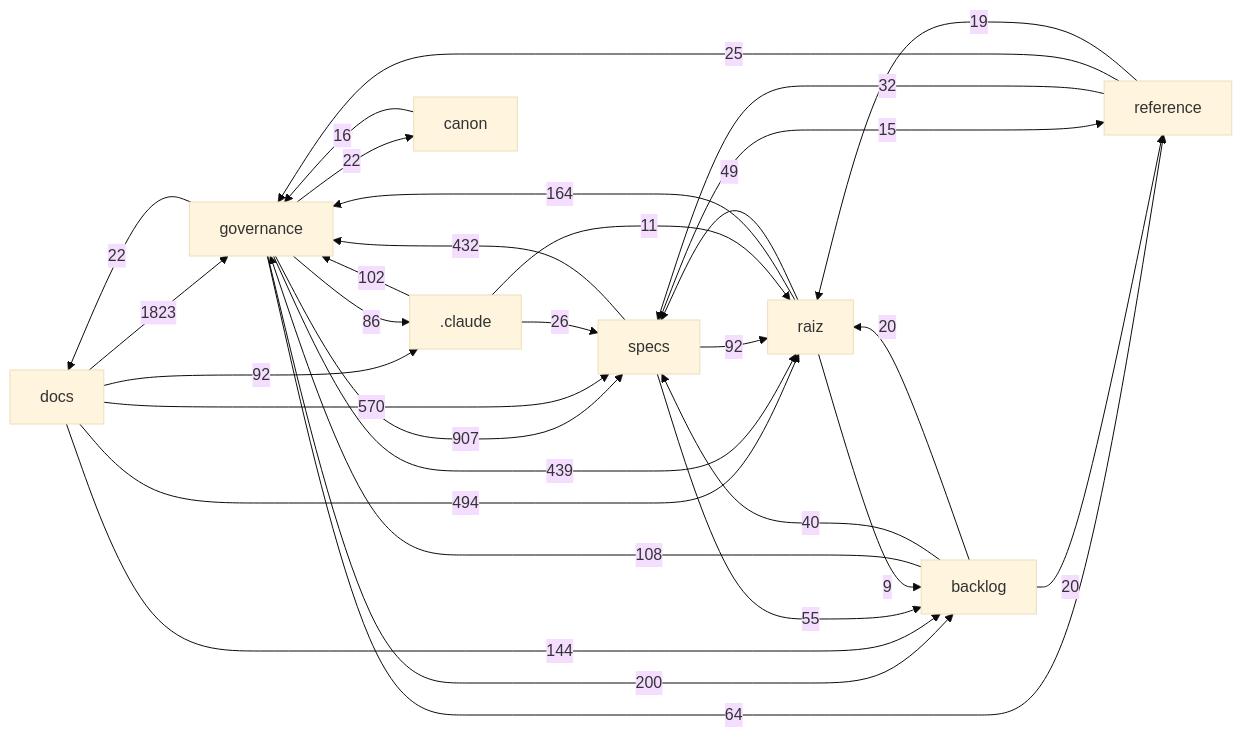
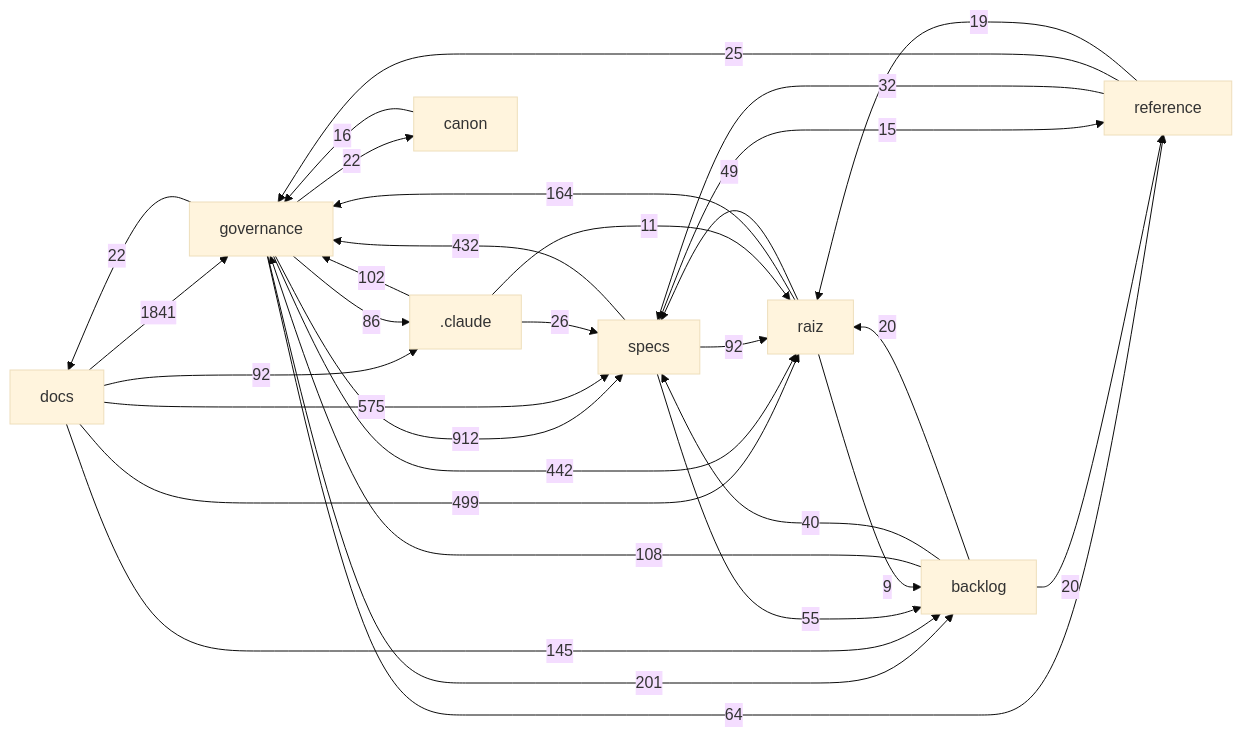
One commit to Andraus35/Sistema-Operacional-de-Trading--SOT changed the diagram in docs/mapa/MAPA-PROJETO.md. Above: the diagram before and after it, drawn with Mermaid (base theme). The commit also changed other lines of this file and 9 other files, not shown here.

````diff
--- a/docs/mapa/MAPA-PROJETO.md
+++ b/docs/mapa/MAPA-PROJETO.md
@@ -29,33 +29,33 @@
 ```mermaid
 flowchart LR
-  docs["docs"] -->|1823| governance["governance"]
-  governance["governance"] -->|907| specs["specs"]
-  docs["docs"] -->|570| specs["specs"]
-  docs["docs"] -->|494| raiz["raiz"]
-  governance["governance"] -->|439| raiz["raiz"]
+  docs["docs"] -->|1841| governance["governance"]
+  governance["governance"] -->|912| specs["specs"]
+  docs["docs"] -->|575| specs["specs"]
+  docs["docs"] -->|499| raiz["raiz"]
+  governance["governance"] -->|442| raiz["raiz"]
   specs["specs"] -->|432| governance["governance"]
-  governance["governance"] -->|200| backlog["backlog"]
+  governance["governance"] -->|201| backlog["backlog"]
   raiz["raiz"] -->|164| governance["governance"]
-  docs["docs"] -->|144| backlog["backlog"]
+  docs["docs"] -->|145| backlog["backlog"]
   backlog["backlog"] -->|108| governance["governance"]
   _claude[".claude"] -->|102| governance["governance"]
   docs["docs"] -->|92| _claude[".claude"]
   specs["specs"] -->|92| raiz["raiz"]
   governance["governance"] -->|86| _claude[".claude"]
   governance["governance"] -->|64| reference["reference"]
   specs["specs"] -->|55| backlog["backlog"]
   raiz["raiz"] -->|49| specs["specs"]
   backlog["backlog"] -->|40| specs["specs"]
   reference["reference"] -->|32| specs["specs"]
   _claude[".claude"] -->|26| specs["specs"]
   reference["reference"] -->|25| governance["governance"]
   governance["governance"] -->|22| docs["docs"]
   governance["governance"] -->|22| canon["canon"]
   backlog["backlog"] -->|20| raiz["raiz"]
   backlog["backlog"] -->|20| reference["reference"]
   reference["reference"] -->|19| raiz["raiz"]
   canon["canon"] -->|16| governance["governance"]
   specs["specs"] -->|15| reference["reference"]
   _claude[".claude"] -->|11| raiz["raiz"]
   raiz["raiz"] -->|9| backlog["backlog"]
 ```
````
